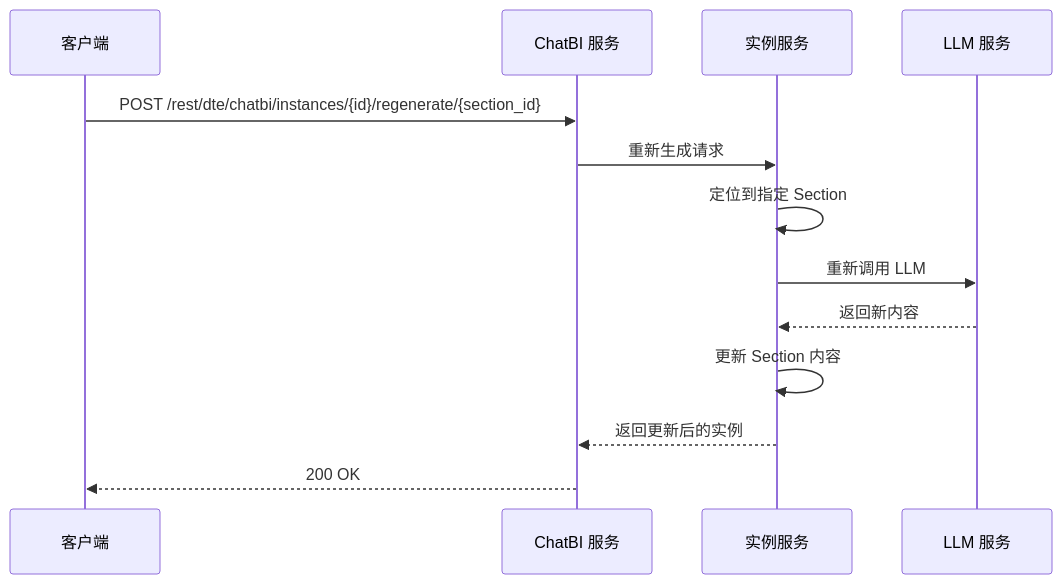
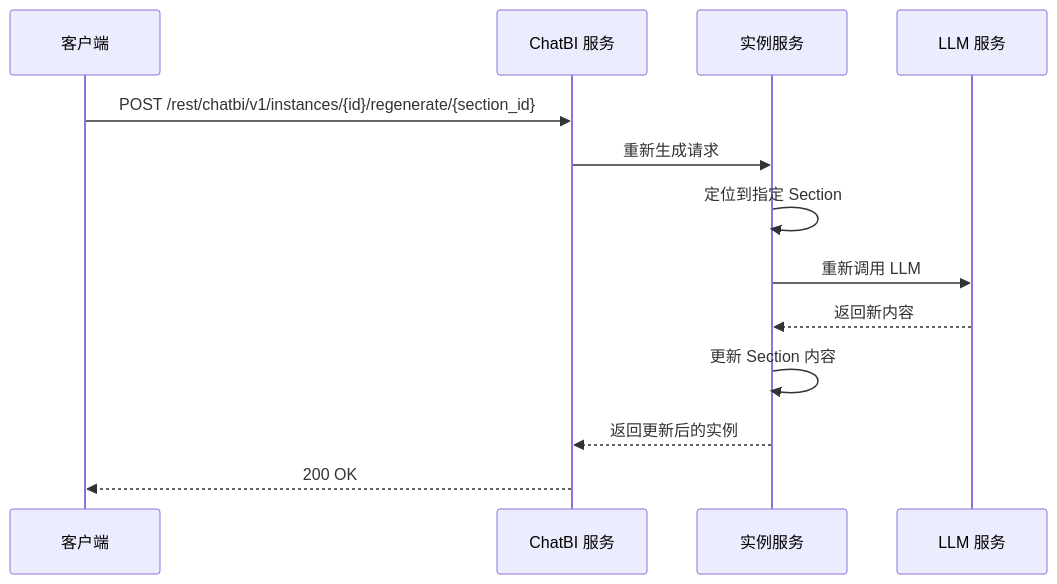
One commit to shel447/ReportSystem changed the second of 3 diagrams in design/design_api.md. Above: the diagram before and after it, drawn with Mermaid. The commit also changed other lines of this file and 25 other files, not shown here.

````diff
--- a/design/design_api.md
+++ b/design/design_api.md
@@ -31,16 +31,16 @@
 ```mermaid
 sequenceDiagram
     participant Client as 客户端
     participant ChatBI as ChatBI 服务
     participant Instance as 实例服务
     participant LLM as LLM 服务
 
-    Client->>ChatBI: POST /rest/dte/chatbi/instances/{id}/regenerate/{section_id}
+    Client->>ChatBI: POST /rest/chatbi/v1/instances/{id}/regenerate/{section_id}
     ChatBI->>Instance: 重新生成请求
     Instance->>Instance: 定位到指定 Section
     Instance->>LLM: 重新调用 LLM
     LLM-->>Instance: 返回新内容
     Instance->>Instance: 更新 Section 内容
     Instance-->>ChatBI: 返回更新后的实例
     ChatBI-->>Client: 200 OK
 ```
````
